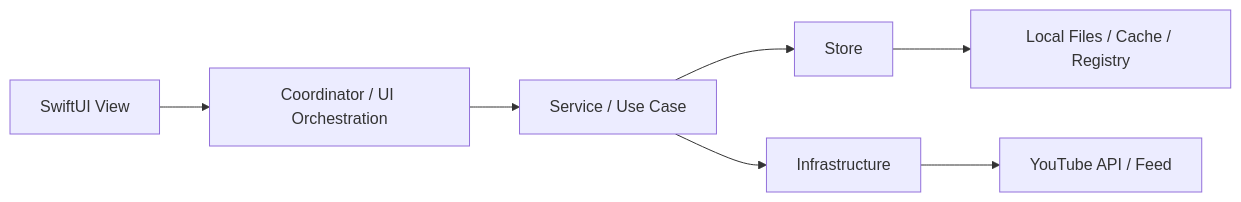
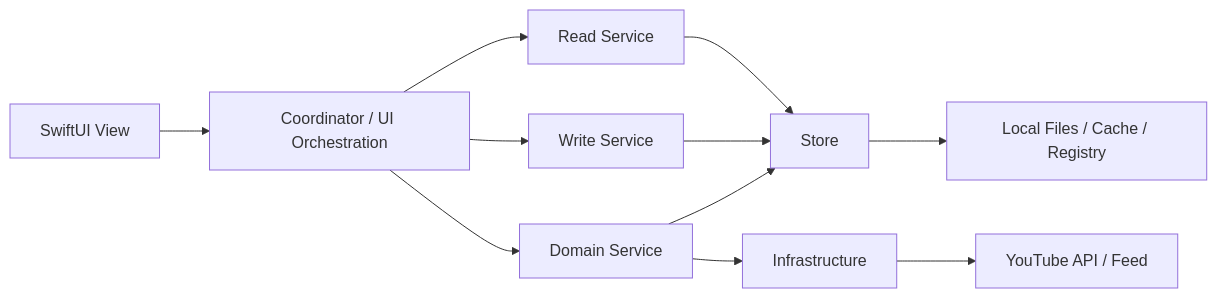
The first of 4 diagrams in docs/human-view/design-overview.md (horikuma/YoutubeFeeder), drawn with Mermaid before and after one commit. The commit also changed other lines of this file and 6 other files, not shown here.

````diff
--- a/docs/human-view/design-overview.md
+++ b/docs/human-view/design-overview.md
@@ -9,9 +9,13 @@
 ```mermaid
 flowchart LR
     View["SwiftUI View"] --> Coordinator["Coordinator / UI Orchestration"]
-    Coordinator --> Service["Service / Use Case"]
-    Service --> Store["Store"]
-    Service --> Infra["Infrastructure"]
+    Coordinator --> Read["Read Service"]
+    Coordinator --> Write["Write Service"]
+    Coordinator --> Domain["Domain Service"]
+    Read --> Store["Store"]
+    Write --> Store
+    Domain --> Store
+    Domain --> Infra["Infrastructure"]
     Store --> Files["Local Files / Cache / Registry"]
     Infra --> YouTube["YouTube API / Feed"]
 ```
````
